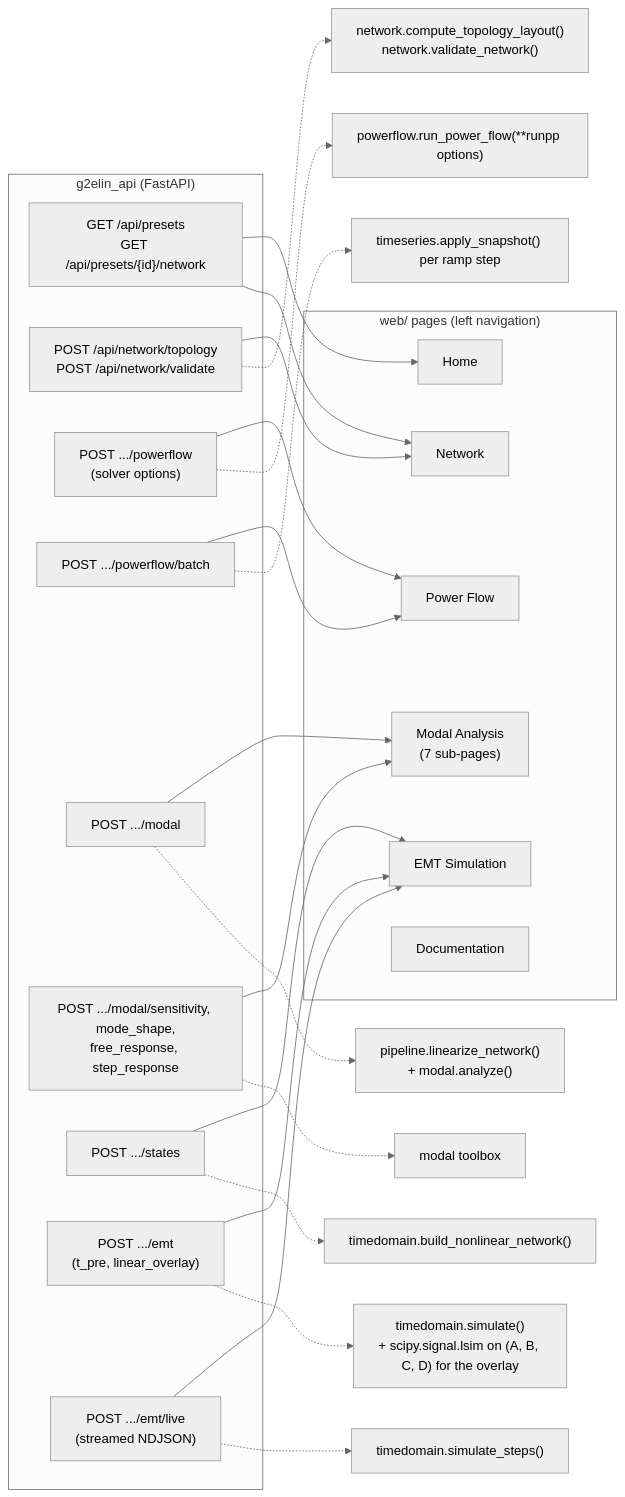
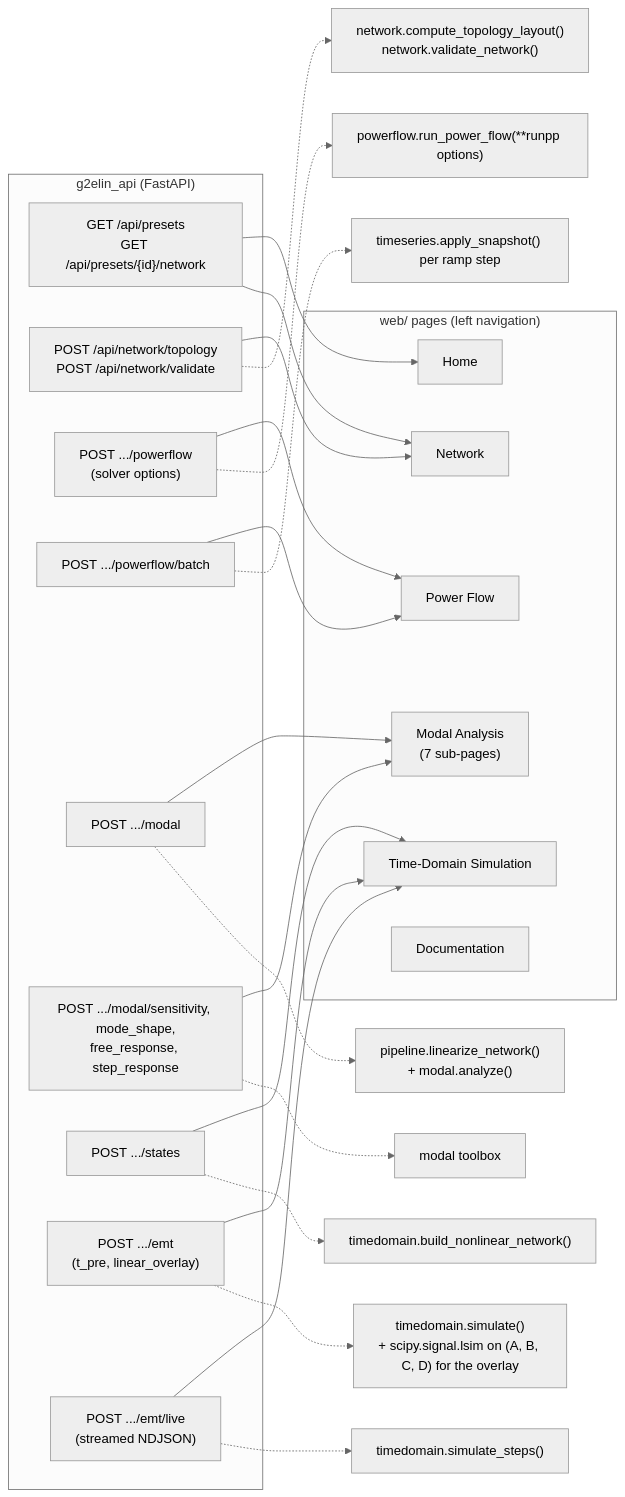
The first of 2 diagrams in python/docs/sphinx/api_and_web.md (FKELADA/G2ELin), drawn with Mermaid (neutral theme) before and after one commit. The commit also changed other lines of this file and 3 other files, not shown here.

````diff
--- a/python/docs/sphinx/api_and_web.md
+++ b/python/docs/sphinx/api_and_web.md
@@ -17,41 +17,41 @@
 ```{mermaid}
 flowchart LR
     subgraph API["g2elin_api (FastAPI)"]
         EP1["GET /api/presets<br/>GET /api/presets/{id}/network"]
         EPT["POST /api/network/topology<br/>POST /api/network/validate"]
         EP2["POST .../powerflow<br/>(solver options)"]
         EP2B["POST .../powerflow/batch"]
         EP3["POST .../modal"]
         EP3X["POST .../modal/sensitivity, mode_shape,<br/>free_response, step_response"]
         EP5["POST .../states"]
         EP6["POST .../emt<br/>(t_pre, linear_overlay)"]
         EP6L["POST .../emt/live<br/>(streamed NDJSON)"]
     end
     subgraph UI["web/ pages (left navigation)"]
         T0["Home"]
         TN["Network"]
         T1["Power Flow"]
         T2["Modal Analysis<br/>(7 sub-pages)"]
-        T4["EMT Simulation"]
+        T4["Time-Domain Simulation"]
         T6["Documentation"]
     end
     EP1 --> T0
     EP1 --> TN
     EPT --> TN
     EP2 --> T1
     EP2B --> T1
     EP3 --> T2
     EP3X --> T2
     EP5 --> T4
     EP6 --> T4
     EP6L --> T4
 
     EPT -.-> TOPO["network.compute_topology_layout()<br/>network.validate_network()"]
     EP2 -.-> PF["powerflow.run_power_flow(**runpp options)"]
     EP2B -.-> TS["timeseries.apply_snapshot() per ramp step"]
     EP3 -.-> PIPE["pipeline.linearize_network()<br/>+ modal.analyze()"]
     EP3X -.-> TOOL["modal toolbox"]
     EP5 -.-> BNM["timedomain.build_nonlinear_network()"]
     EP6 -.-> EMT["timedomain.simulate()<br/>+ scipy.signal.lsim on (A, B, C, D) for the overlay"]
     EP6L -.-> EMTLIVE["timedomain.simulate_steps()"]
 ```
````
